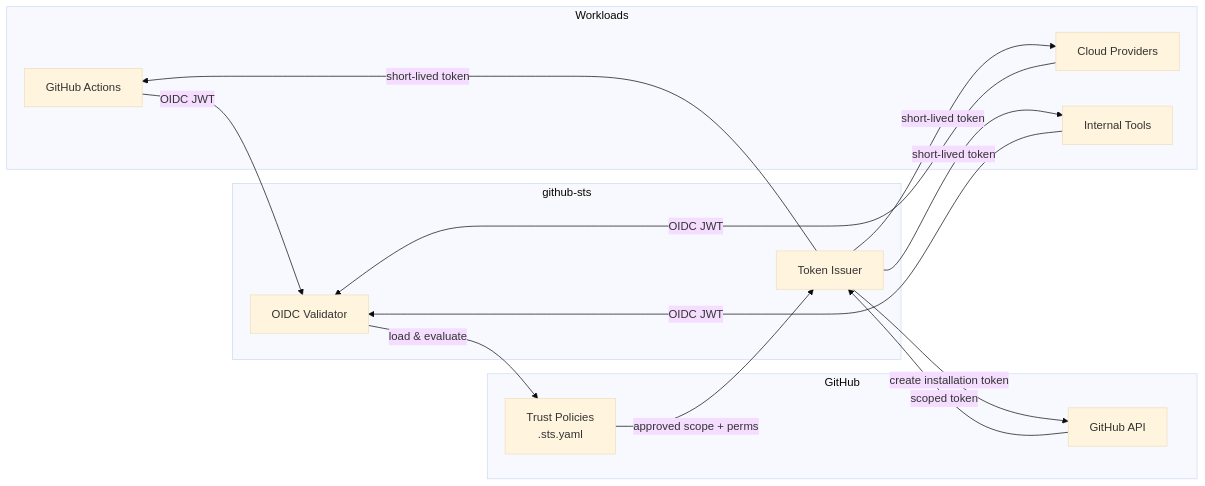
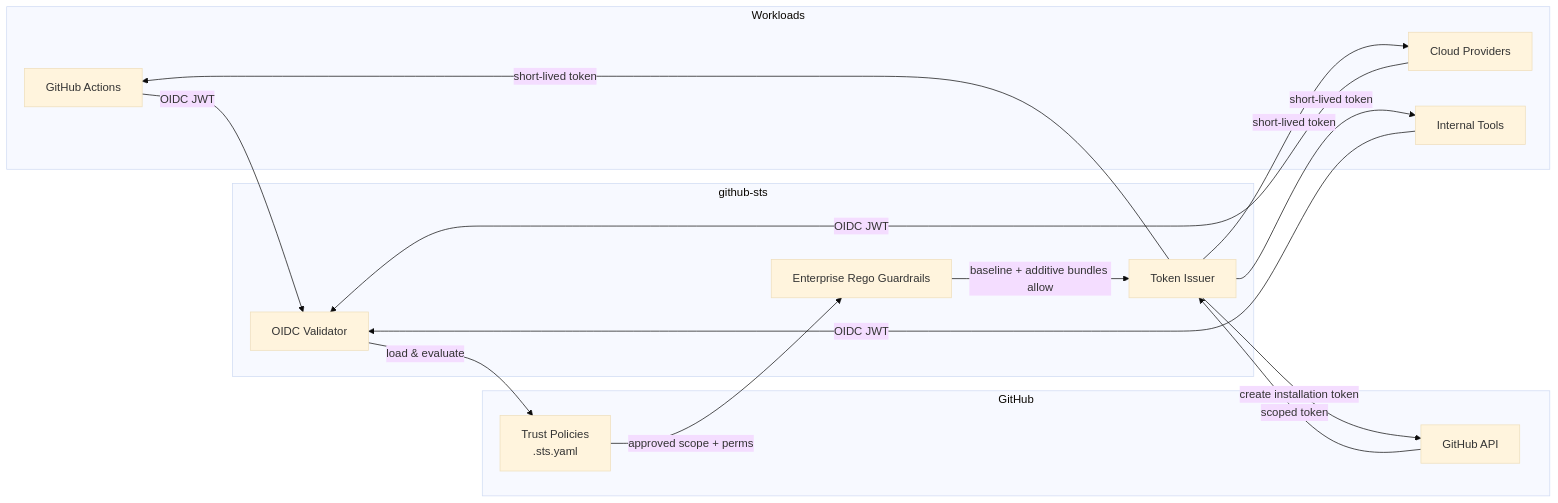
The diagram in docs/architecture.md (Depthmark/github-sts), drawn with Mermaid (base theme) before and after one commit. The commit also changed other lines of this file and 53 other files, not shown here.

````diff
--- a/docs/architecture.md
+++ b/docs/architecture.md
@@ -5,29 +5,31 @@
 ```mermaid
 flowchart LR
     subgraph Workloads
         A["GitHub Actions"]
         B["Cloud Providers"]
         C["Internal Tools"]
     end
 
     subgraph github-sts
         D["OIDC Validator"]
+        H["Enterprise Rego Guardrails"]
         F["Token Issuer"]
     end
 
     subgraph GitHub
         E["Trust Policies\n.sts.yaml"]
         G["GitHub API"]
     end
 
     A -- "OIDC JWT" --> D
     B -- "OIDC JWT" --> D
     C -- "OIDC JWT" --> D
     D -- "load & evaluate" --> E
-    E -- "approved scope + perms" --> F
+    E -- "approved scope + perms" --> H
+    H -- "baseline + additive bundles allow" --> F
     F -- "create installation token" --> G
     G -- "scoped token" --> F
     F -- "short-lived token" --> A
     F -- "short-lived token" --> B
     F -- "short-lived token" --> C
 ```
````
